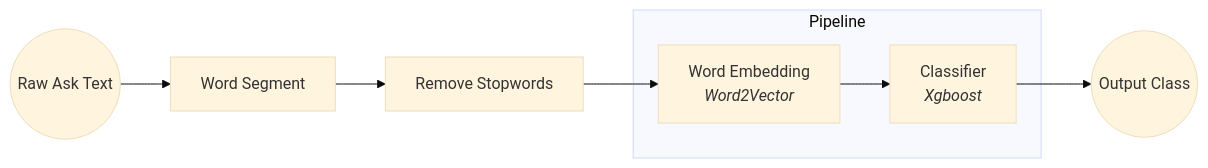
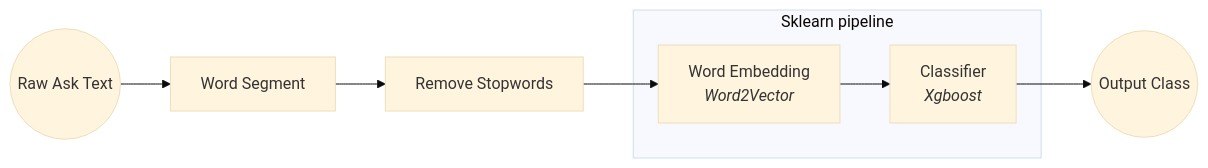
Before and after one commit to BennyWang4000/Medical-Text-Classification-2: the first of 2 diagrams in README.md, drawn with Mermaid (base theme). The commit also changed other lines of this file, not shown here.

````diff
--- a/README.md
+++ b/README.md
@@ -24,10 +32,10 @@
 ``` mermaid
 graph LR
 raw((Raw Ask Text)) -->seg[Word Segment] 
 seg --> rm[Remove Stopwords]
 rm --> w2v[Word Embedding<br/><i>Word2Vector</i>]
-subgraph Pipeline
+subgraph Sklearn pipeline
 w2v --> cls[Classifier<br/><i>Xgboost</i>]
 end
 cls --> out((Output Class))
 ```
````
